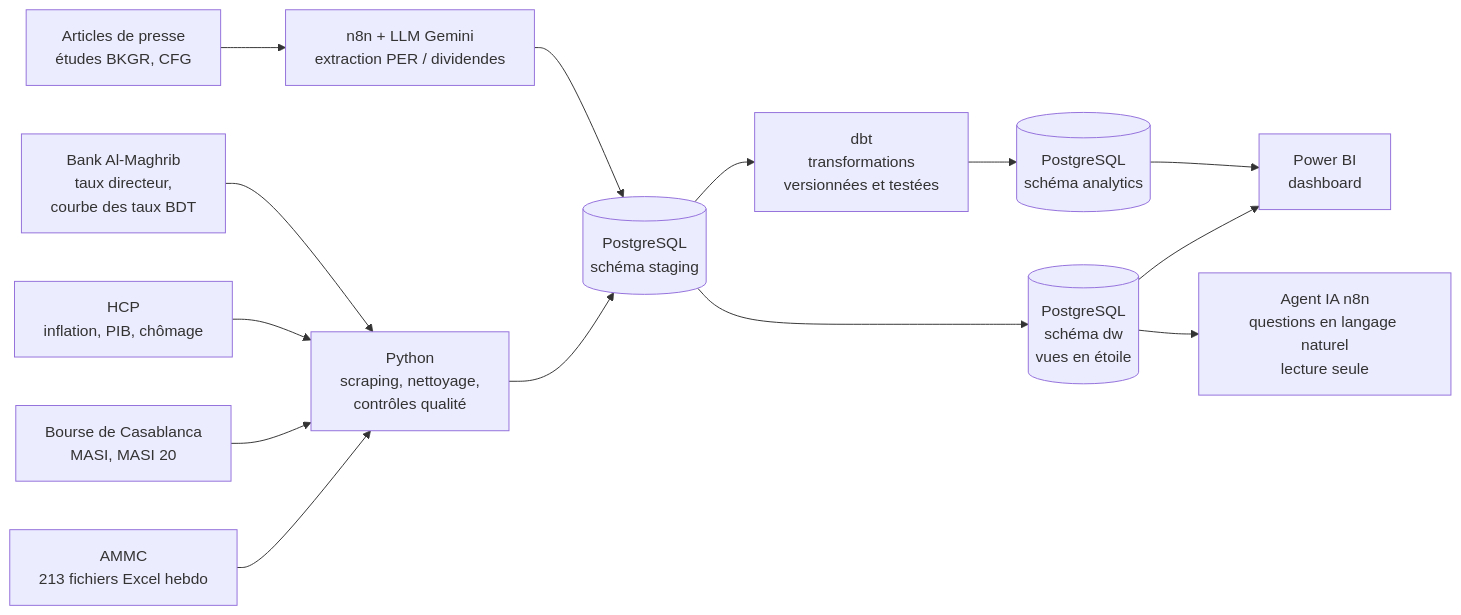
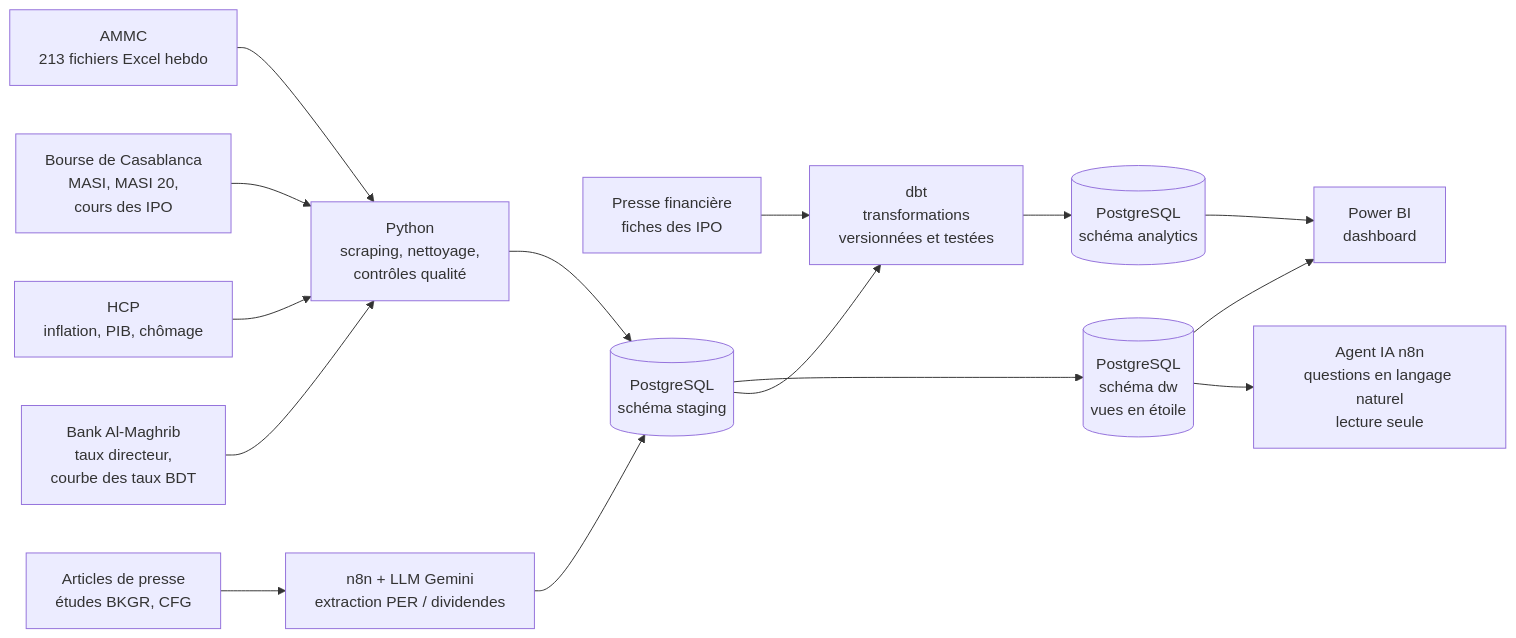
The diagram in README.md (Ahmed-Badi3/observatoire-marches-maroc), drawn with Mermaid before and after one commit. The commit also changed other lines of this file and 5 other files, not shown here.

````diff
--- a/README.md
+++ b/README.md
@@ -75,16 +122,17 @@
 ```mermaid
 flowchart LR
     A[AMMC<br/>213 fichiers Excel hebdo] --> P[Python<br/>scraping, nettoyage,<br/>contrôles qualité]
-    B[Bourse de Casablanca<br/>MASI, MASI 20] --> P
+    B[Bourse de Casablanca<br/>MASI, MASI 20,<br/>cours des IPO] --> P
     H[HCP<br/>inflation, PIB, chômage] --> P
     R[Bank Al-Maghrib<br/>taux directeur,<br/>courbe des taux BDT] --> P
+    I[Presse financière<br/>fiches des IPO] --> T
     C[Articles de presse<br/>études BKGR, CFG] --> N[n8n + LLM Gemini<br/>extraction PER / dividendes]
     P --> S[(PostgreSQL<br/>schéma staging)]
     N --> S
     S --> D[(PostgreSQL<br/>schéma dw<br/>vues en étoile)]
     S --> T[dbt<br/>transformations<br/>versionnées et testées]
     T --> AN[(PostgreSQL<br/>schéma analytics)]
     D --> BI[Power BI<br/>dashboard]
     AN --> BI
     D --> AG[Agent IA n8n<br/>questions en langage naturel<br/>lecture seule]
 ```
````
